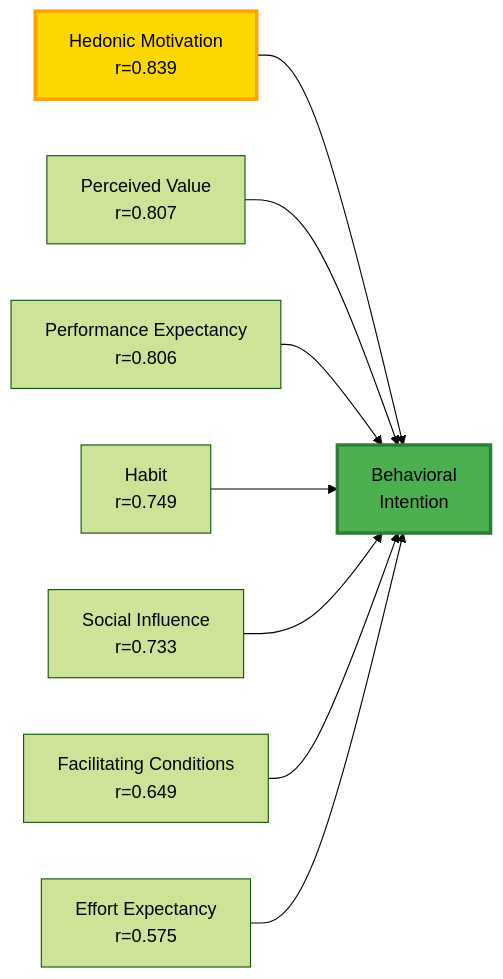
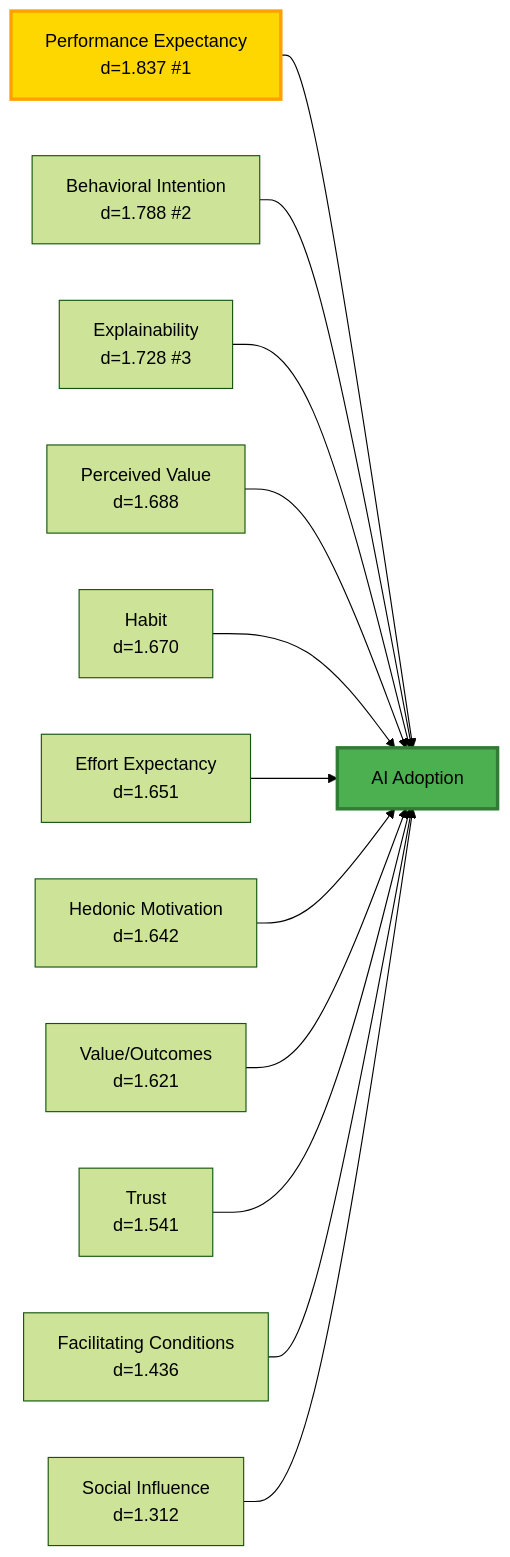
Before and after one commit to fabioc-aloha/AIRS_Data_Analysis: the second of 7 diagrams in DISSERTATION_MODEL_EVALUATION.md, drawn with Mermaid (forest theme). The commit also changed other lines of this file and 9 other files, not shown here.

````diff
--- a/DISSERTATION_MODEL_EVALUATION.md
+++ b/DISSERTATION_MODEL_EVALUATION.md
@@ -125,13 +156,17 @@
 ```mermaid
 graph LR
-    A[Hedonic Motivation<br/>r=0.839] --> BI[Behavioral<br/>Intention]
-    B[Perceived Value<br/>r=0.807] --> BI
-    C[Performance Expectancy<br/>r=0.806] --> BI
-    D[Habit<br/>r=0.749] --> BI
-    E[Social Influence<br/>r=0.733] --> BI
-    F[Facilitating Conditions<br/>r=0.649] --> BI
-    G[Effort Expectancy<br/>r=0.575] --> BI
+    A[Performance Expectancy<br/>d=1.837 #1] --> ADOPT[AI Adoption]
+    B[Behavioral Intention<br/>d=1.788 #2] --> ADOPT
+    C[Explainability<br/>d=1.728 #3] --> ADOPT
+    D[Perceived Value<br/>d=1.688] --> ADOPT
+    E[Habit<br/>d=1.670] --> ADOPT
+    F[Effort Expectancy<br/>d=1.651] --> ADOPT
+    G[Hedonic Motivation<br/>d=1.642] --> ADOPT
+    H[Value/Outcomes<br/>d=1.621] --> ADOPT
+    I[Trust<br/>d=1.541] --> ADOPT
+    J[Facilitating Conditions<br/>d=1.436] --> ADOPT
+    K[Social Influence<br/>d=1.312] --> ADOPT
 
     style A fill:#FFD700,stroke:#FFA000,stroke-width:3px
-    style BI fill:#4CAF50,stroke:#2E7D32,stroke-width:3px
+    style ADOPT fill:#4CAF50,stroke:#2E7D32,stroke-width:3px
 ```
````
